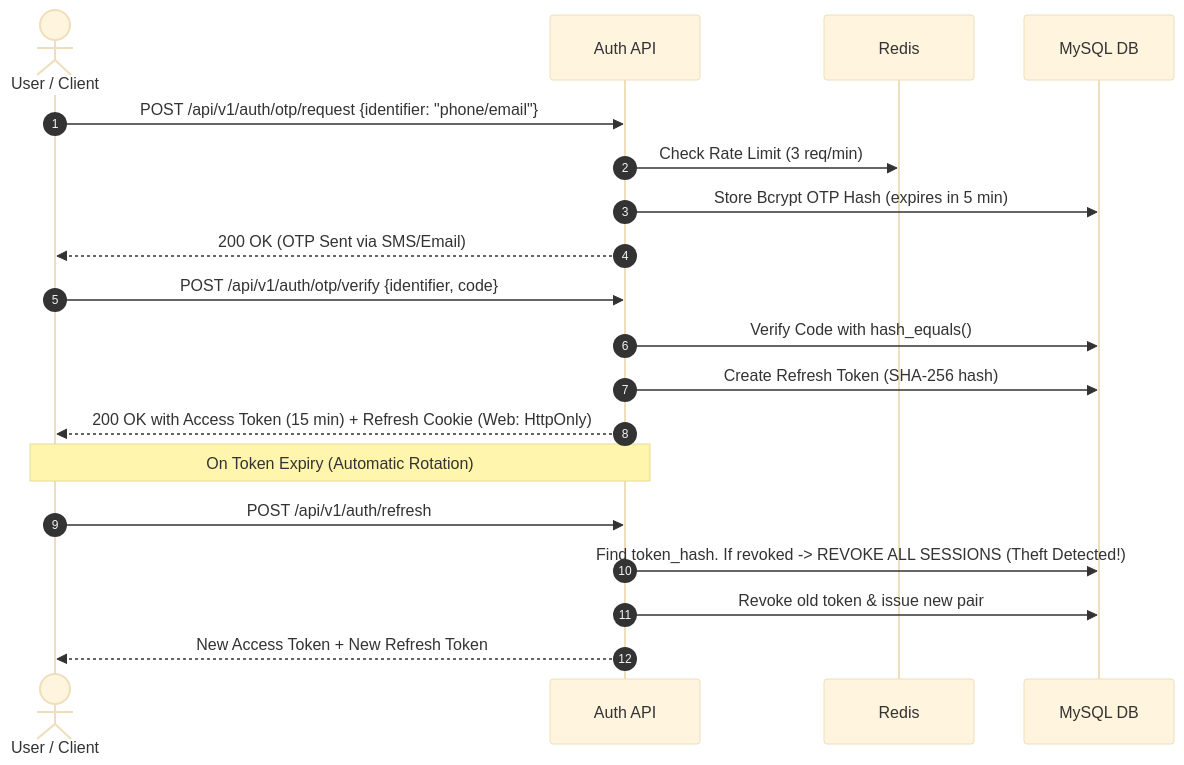
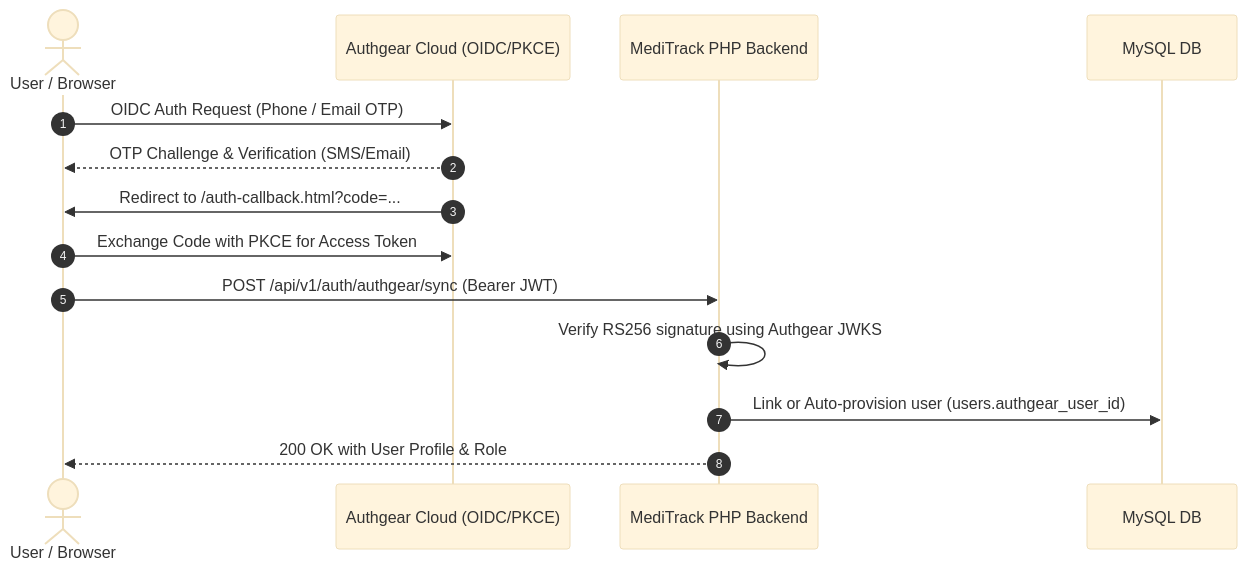
The first of 5 diagrams in README.md (Rajkumar1813/meditrack), drawn with Mermaid (base theme) before and after one commit. The commit also changed other lines of this file and 36 other files, not shown here.

Commit message:
feat(auth): implement Authgear passwordless OTP login and remove MSG91

````diff
--- a/README.md
+++ b/README.md
@@ -109,24 +109,17 @@
 ```mermaid
 sequenceDiagram
     autonumber
-    actor Customer as User / Client
-    participant Auth as Auth API
-    participant Cache as Redis
+    actor Customer as User / Browser
+    participant Authgear as Authgear Cloud (OIDC/PKCE)
+    participant Backend as MediTrack PHP Backend
     participant DB as MySQL DB
 
-    Customer->>Auth: POST /api/v1/auth/otp/request {identifier: "phone/email"}
-    Auth->>Cache: Check Rate Limit (3 req/min)
-    Auth->>DB: Store Bcrypt OTP Hash (expires in 5 min)
-    Auth-->>Customer: 200 OK (OTP Sent via SMS/Email)
-
-    Customer->>Auth: POST /api/v1/auth/otp/verify {identifier, code}
-    Auth->>DB: Verify Code with hash_equals()
-    Auth->>DB: Create Refresh Token (SHA-256 hash)
-    Auth-->>Customer: 200 OK with Access Token (15 min) + Refresh Cookie (Web: HttpOnly)
-
-    Note over Customer,Auth: On Token Expiry (Automatic Rotation)
-    Customer->>Auth: POST /api/v1/auth/refresh
-    Auth->>DB: Find token_hash. If revoked -> REVOKE ALL SESSIONS (Theft Detected!)
-    Auth->>DB: Revoke old token & issue new pair
-    Auth-->>Customer: New Access Token + New Refresh Token
+    Customer->>Authgear: OIDC Auth Request (Phone / Email OTP)
+    Authgear-->>Customer: OTP Challenge & Verification (SMS/Email)
+    Authgear->>Customer: Redirect to /auth-callback.html?code=...
+    Customer->>Authgear: Exchange Code with PKCE for Access Token
+    Customer->>Backend: POST /api/v1/auth/authgear/sync (Bearer JWT)
+    Backend->>Backend: Verify RS256 signature using Authgear JWKS
+    Backend->>DB: Link or Auto-provision user (users.authgear_user_id)
+    Backend-->>Customer: 200 OK with User Profile & Role
 ```
````
